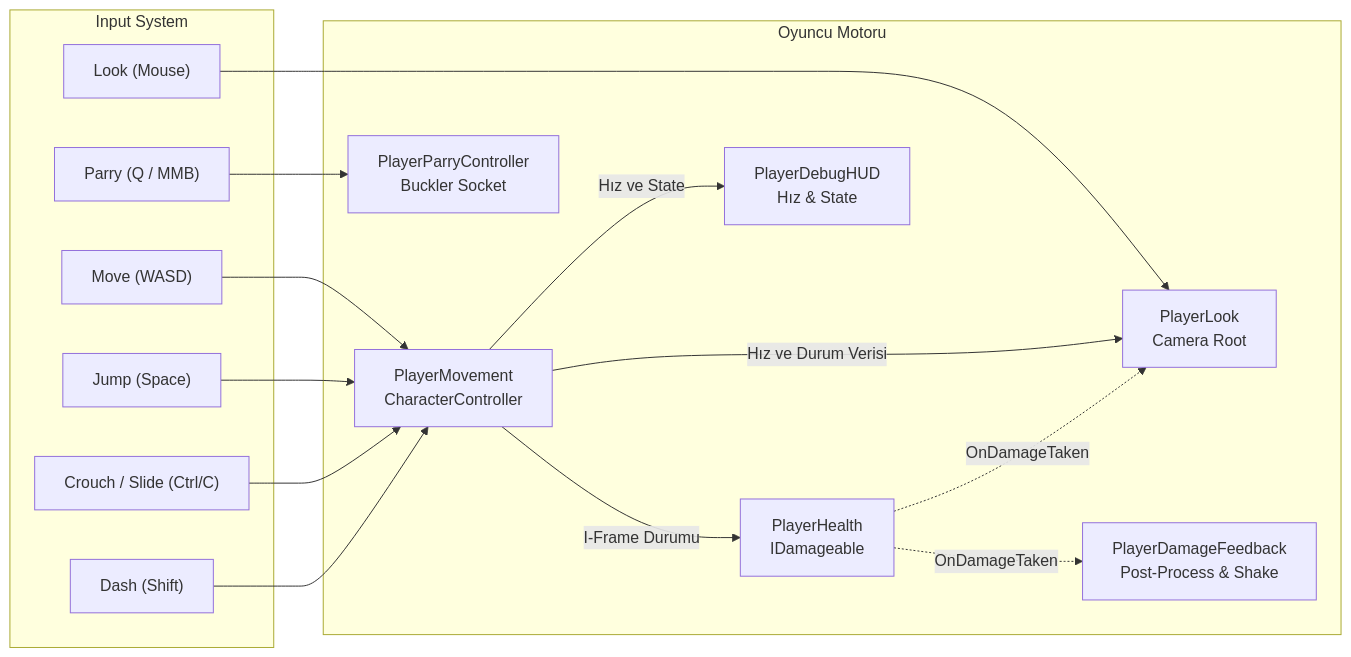
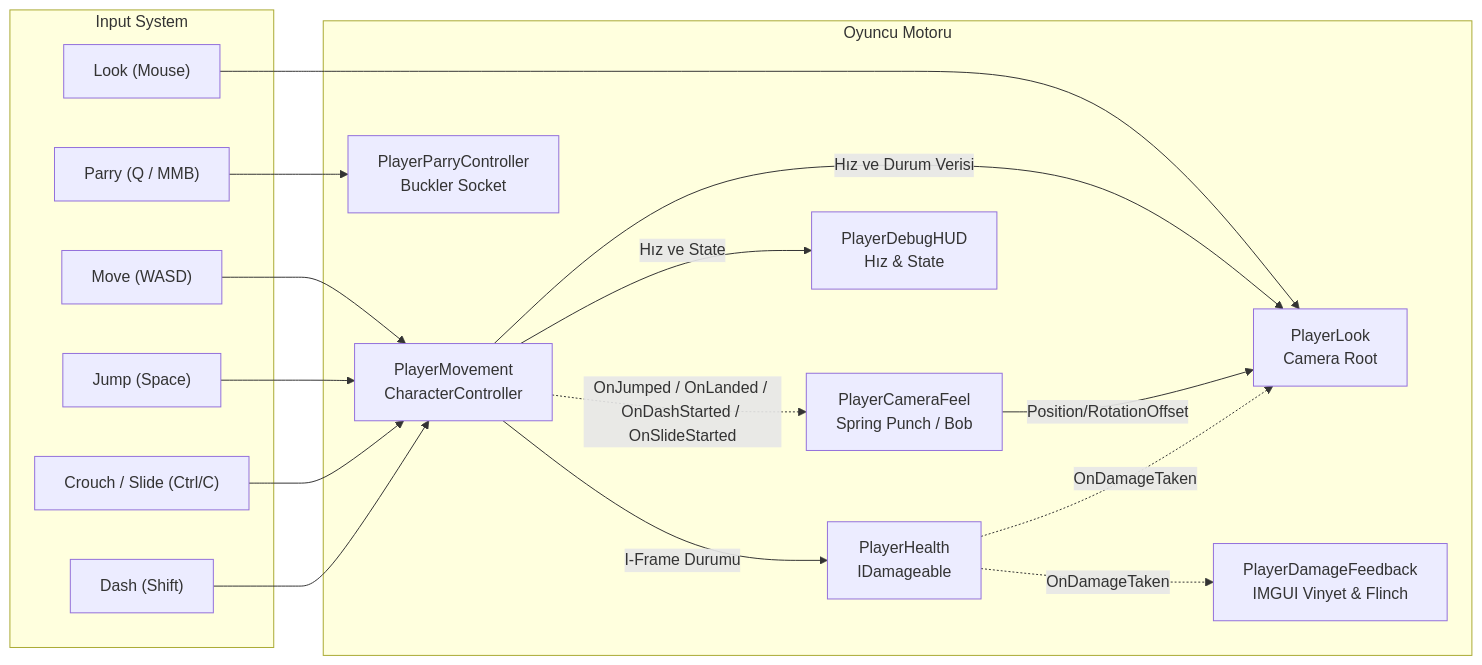
Before and after one commit to HazmaK/Graduation-Project: the diagram in documentation/retro-fps/PlayerSubsystemArchitecture.md, drawn with Mermaid. The commit also changed other lines of this file and 107 other files, not shown here.

First line of the commit message:
feat(game-feel): combat feedback, weapon and player polish, gauntlet test level, docs sync

````diff
--- a/documentation/retro-fps/PlayerSubsystemArchitecture.md
+++ b/documentation/retro-fps/PlayerSubsystemArchitecture.md
@@ -24,30 +24,33 @@
 ```mermaid
 flowchart LR
     subgraph INPUT["Input System"]
         MoveAction["Move (WASD)"]
         LookAction["Look (Mouse)"]
         JumpAction["Jump (Space)"]
         CrouchAction["Crouch / Slide (Ctrl/C)"]
         DashAction["Dash (Shift)"]
         ParryAction["Parry (Q / MMB)"]
     end
 
     subgraph CONTROLLERS["Oyuncu Motoru"]
         PM["PlayerMovement\nCharacterController"]
         PL["PlayerLook\nCamera Root"]
         PH["PlayerHealth\nIDamageable"]
         PP["PlayerParryController\nBuckler Socket"]
-        PDF["PlayerDamageFeedback\nPost-Process & Shake"]
+        PDF["PlayerDamageFeedback\nIMGUI Vinyet & Flinch"]
+        PCF["PlayerCameraFeel\nSpring Punch / Bob"]
         HUD["PlayerDebugHUD\nHız & State"]
     end
 
     MoveAction & JumpAction & CrouchAction & DashAction --> PM
     LookAction --> PL
     ParryAction --> PP
     
     PM -->|Hız ve Durum Verisi| PL
+    PM -.->|OnJumped / OnLanded / OnDashStarted / OnSlideStarted| PCF
+    PCF -->|Position/RotationOffset| PL
     PM -->|Hız ve State| HUD
     PM -->|I-Frame Durumu| PH
     PH -.->|OnDamageTaken| PDF
     PH -.->|OnDamageTaken| PL
 ```
````
